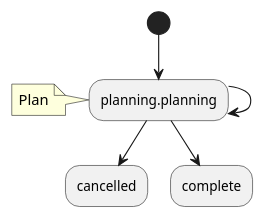
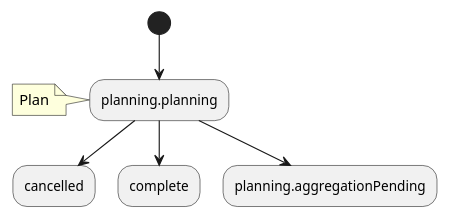
One commit to procuriosity/system-analysis changed the diagram in diagrams/plan.plantuml. Above: the diagram before and after it, drawn with PlantUML. The commit also changed 1 other file, not shown here.

```diff
--- a/diagrams/plan.plantuml
+++ b/diagrams/plan.plantuml
@@ -1,10 +1,11 @@
 @startuml
 (*)--> planning.planning
 note left
 Plan
 end note
- planning.planning -->  planning.planning
+
  planning.planning --> cancelled
  planning.planning --> complete
+ planning.planning --> planning.aggregationPending
 
 @enduml
```
